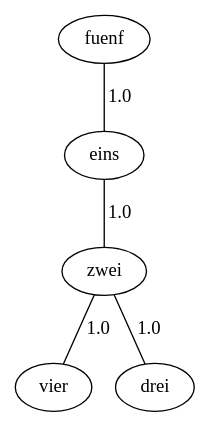
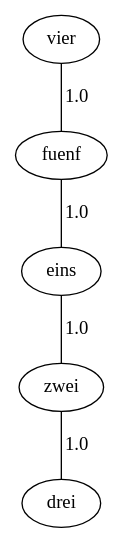
The diagram in GKA_task3_1-5/GraphViz/graph/gespeicherterPrimOhneHeap.gv (Frggle/HAW_GKA), drawn with Graphviz before and after one commit. The commit also changed 7 other files, not shown here.

```diff
--- a/GKA_task3_1-5/GraphViz/graph/gespeicherterPrimOhneHeap.gv
+++ b/GKA_task3_1-5/GraphViz/graph/gespeicherterPrimOhneHeap.gv
@@ -1,11 +1,11 @@
 graph G {
   1 [ label="eins" ];
   2 [ label="vier" ];
   3 [ label="zwei" ];
   4 [ label="fuenf" ];
   5 [ label="drei" ];
+  3 -- 5 [ label="1.0" ];
   1 -- 3 [ label="1.0" ];
   4 -- 1 [ label="1.0" ];
-  3 -- 5 [ label="1.0" ];
-  3 -- 2 [ label="1.0" ];
+  2 -- 4 [ label="1.0" ];
 }
```
